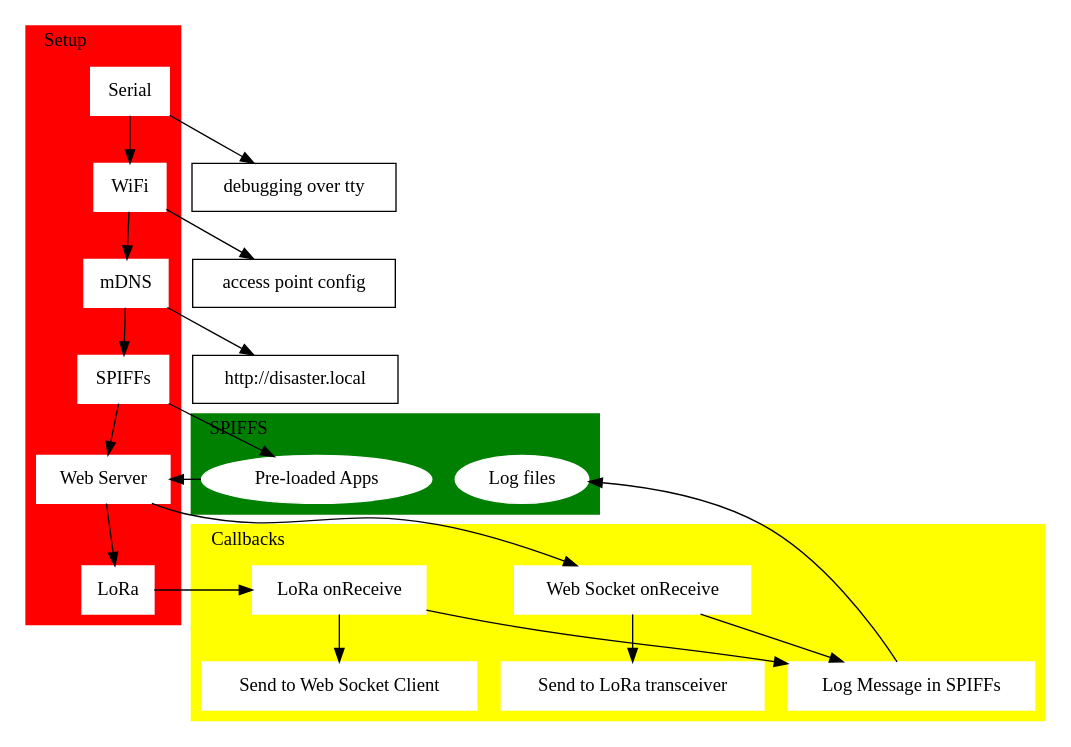
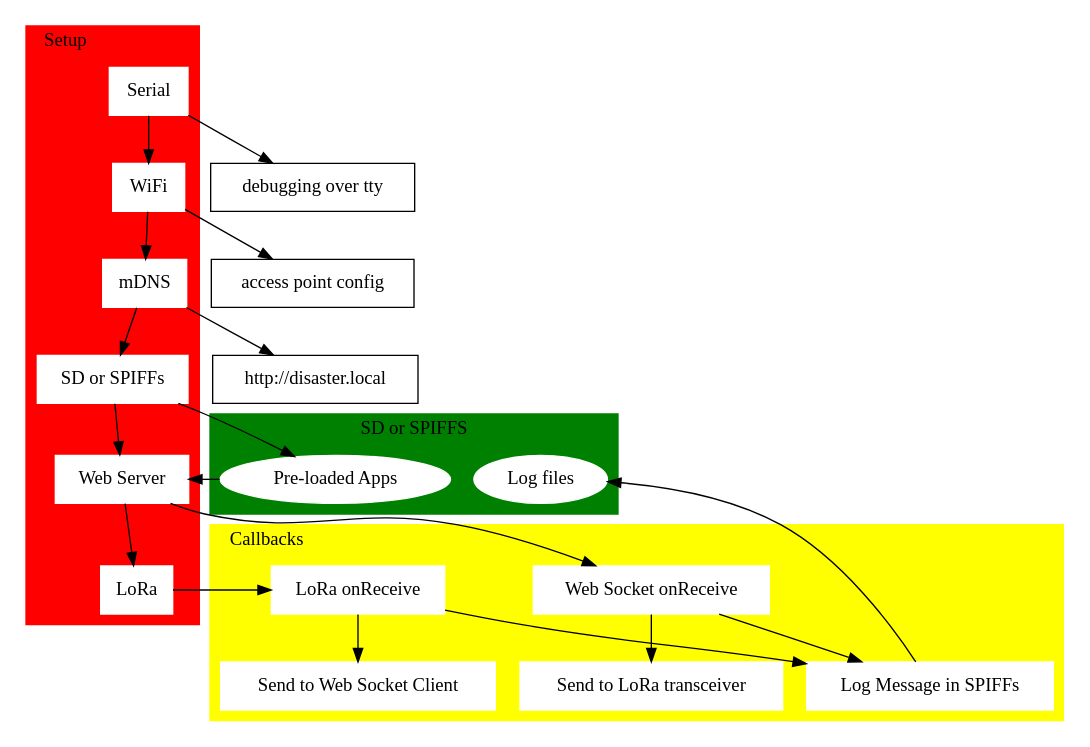
Before and after one commit to sudomesh/disaster-radio: the diagram in firmware/diagram.dot, drawn with Graphviz. The commit also changed 4 other files, not shown here.

```diff
--- a/firmware/diagram.dot
+++ b/firmware/diagram.dot
@@ -1,51 +1,50 @@
 digraph G {
     style=filled;
     subgraph cluster2 {
         node [style=filled,color=white];
         color=red;
         Serial [label = "Serial", shape=box];
         WiFi [label = "WiFi", shape=box];
         mDNS [label = "mDNS", shape=box];
-        SPIFFs [label = "SPIFFs", shape=box];
+        SPIFFs [label = "SD or SPIFFs", shape=box];
         WebServer [label = "Web Server", shape=box];
         LoRa [label = "LoRa", shape=box];
         Serial -> WiFi -> mDNS -> SPIFFs -> WebServer -> LoRa;
         labeljust = l;
         label = "Setup";
     }
     baud [label = "debugging over tty", shape=box]
     AP [label = "access point config", shape=box]
     url [label = "http://disaster.local", shape=box];
     Serial -> baud
     WiFi -> AP
     mDNS -> url
     subgraph cluster3 {
         node [style=filled,color=white];
         color=green;
         log [label = "Log files"];
         Apps [label = "Pre-loaded Apps"];
-        labeljust = l;
-        label = "SPIFFS"
+        label = "SD or SPIFFS"
     }
     subgraph cluster4 {
         node [style=filled,color=white];
         color=yellow;
         SPIFFs -> Apps
         WebServer -> webSocketReceive
         LoRa -> LoRaOnReceive
         Apps -> WebServer
         logMessage -> log
         LoRaOnReceive [shape=box, label = "LoRa onReceive"]
         webSocketSend [shape=box, label = "Send to Web Socket Client"]
         LoRaSend [shape=box, label = "Send to LoRa transceiver"]
         webSocketReceive [shape=box, label = "Web Socket onReceive"]
         logMessage [shape=box, label = "Log Message in SPIFFs"]
         LoRaOnReceive -> webSocketSend;
         webSocketReceive -> LoRaSend;
         LoRaOnReceive -> logMessage 
         webSocketReceive -> logMessage 
         labeljust = l;
         label = "Callbacks"
     }
     labeljust = l;
 }
```
